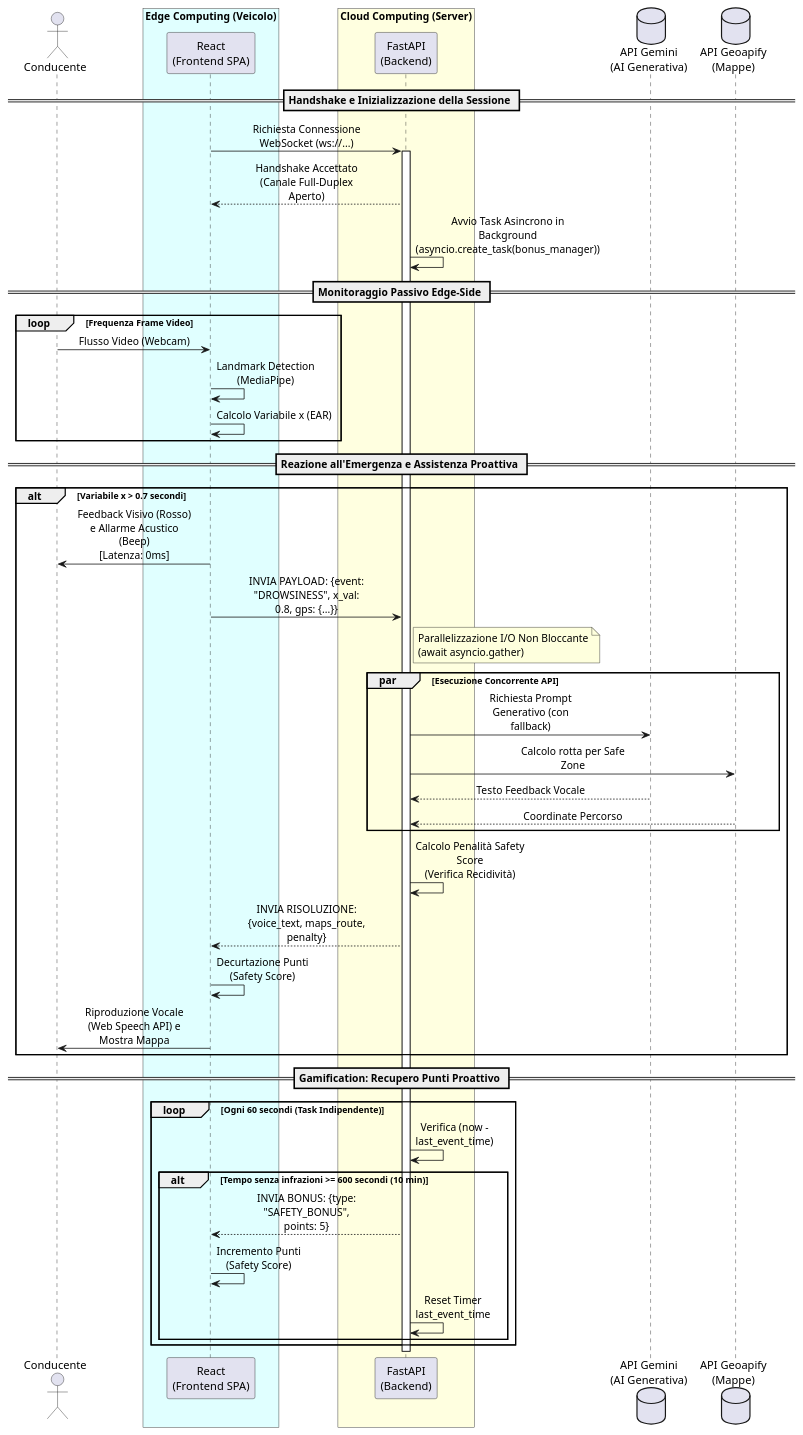
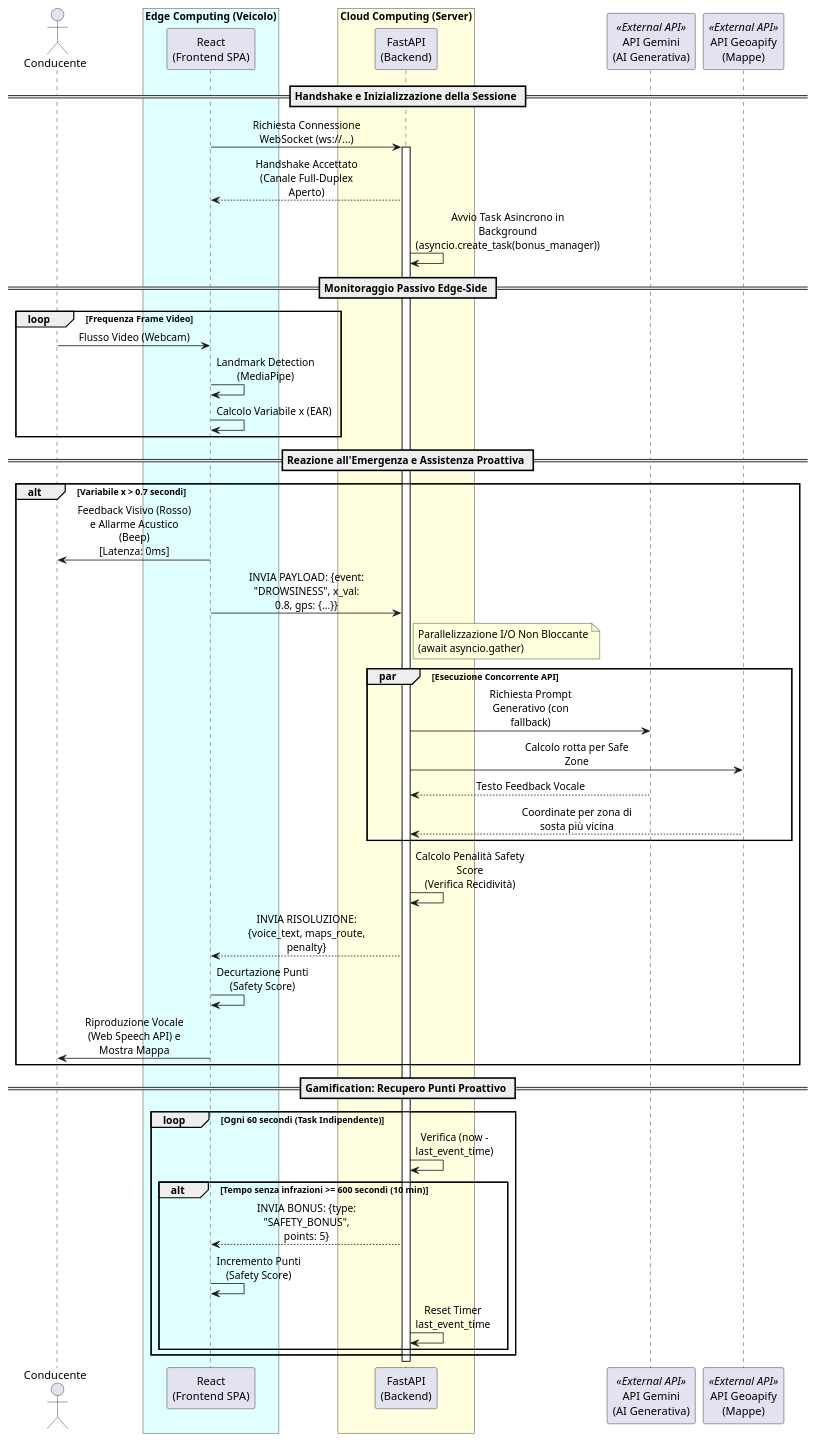
Before and after one commit to p3pp304/driver-monitoring-system: the diagram in Diagrammi/diagramma_sequenza/sequenza.puml, drawn with PlantUML. The commit also changed 1 other file, not shown here.

Commit message:
miglioramento diagramma di sequenza

```diff
--- a/Diagrammi/diagramma_sequenza/sequenza.puml
+++ b/Diagrammi/diagramma_sequenza/sequenza.puml
@@ -1,74 +1,74 @@
 @startuml
 skinparam handwritten false
 skinparam sequenceMessageAlign center
 skinparam maxMessageSize 150
 
 ' --- DEFINIZIONE DEGLI ATTORI E DEI NODI ---
 actor "Conducente" as Driver
 box "Edge Computing (Veicolo)" #LightCyan
 participant "React\n(Frontend SPA)" as Client
 end box
 
 box "Cloud Computing (Server)" #LightYellow
 participant "FastAPI\n(Backend)" as Server
 end box
 
-database "API Gemini\n(AI Generativa)" as Gemini
-database "API Geoapify\n(Mappe)" as Maps
+participant "API Gemini\n(AI Generativa)" as Gemini <<External API>>
+participant "API Geoapify\n(Mappe)" as Maps <<External API>>
 
 ' --- FASE 1: INIZIALIZZAZIONE ---
 == Handshake e Inizializzazione della Sessione ==
 Client -> Server: Richiesta Connessione WebSocket (ws://...)
 activate Server
 Server --> Client: Handshake Accettato (Canale Full-Duplex Aperto)
 Server -> Server: Avvio Task Asincrono in Background\n(asyncio.create_task(bonus_manager))
 
 ' --- FASE 2: MONITORAGGIO IN LOCALE ---
 == Monitoraggio Passivo Edge-Side ==
 loop Frequenza Frame Video
     Driver -> Client: Flusso Video (Webcam)
     Client -> Client: Landmark Detection (MediaPipe)
     Client -> Client: Calcolo Variabile x (EAR)
 end
 
 ' --- FASE 3: GESTIONE EMERGENZA (PARADIGMA EVENT-DRIVEN) ---
 == Reazione all'Emergenza e Assistenza Proattiva ==
 alt Variabile x > 0.7 secondi
     ' Reazione a latenza zero
     Client -> Driver: Feedback Visivo (Rosso) e Allarme Acustico (Beep)\n[Latenza: 0ms]
     
     ' Invio Telemetria
     Client -> Server: INVIA PAYLOAD: {event: "DROWSINESS", x_val: 0.8, gps: {...}}
     
     ' Parallelismo del Server
     note right of Server: Parallelizzazione I/O Non Bloccante\n(await asyncio.gather)
     par Esecuzione Concorrente API
         Server -> Gemini: Richiesta Prompt Generativo (con fallback)
         Server -> Maps: Calcolo rotta per Safe Zone
         Gemini --> Server: Testo Feedback Vocale
-        Maps --> Server: Coordinate Percorso
+        Maps --> Server: Coordinate per zona di sosta più vicina
     end
     
     ' Calcolo logica di business
     Server -> Server: Calcolo Penalità Safety Score\n(Verifica Recidività)
     
     ' Risposta
     Server --> Client: INVIA RISOLUZIONE: {voice_text, maps_route, penalty}
     
     ' Aggiornamento UI
     Client -> Client: Decurtazione Punti (Safety Score)
     Client -> Driver: Riproduzione Vocale (Web Speech API) e Mostra Mappa
 end
 
 ' --- FASE 4: GAMIFICATION IN BACKGROUND ---
 == Gamification: Recupero Punti Proattivo ==
 loop Ogni 60 secondi (Task Indipendente)
     Server -> Server: Verifica (now - last_event_time)
     alt Tempo senza infrazioni >= 600 secondi (10 min)
         Server --> Client: INVIA BONUS: {type: "SAFETY_BONUS", points: 5}
         Client -> Client: Incremento Punti (Safety Score)
         Server -> Server: Reset Timer last_event_time
     end
 end
 
 @enduml
```
